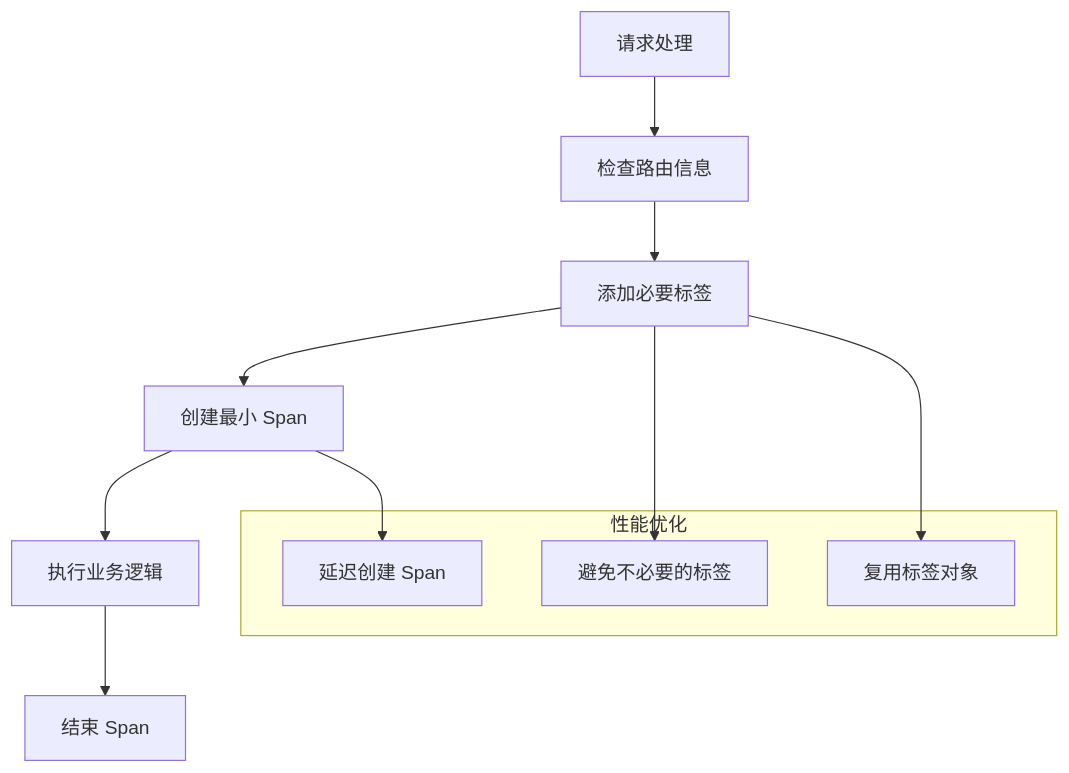
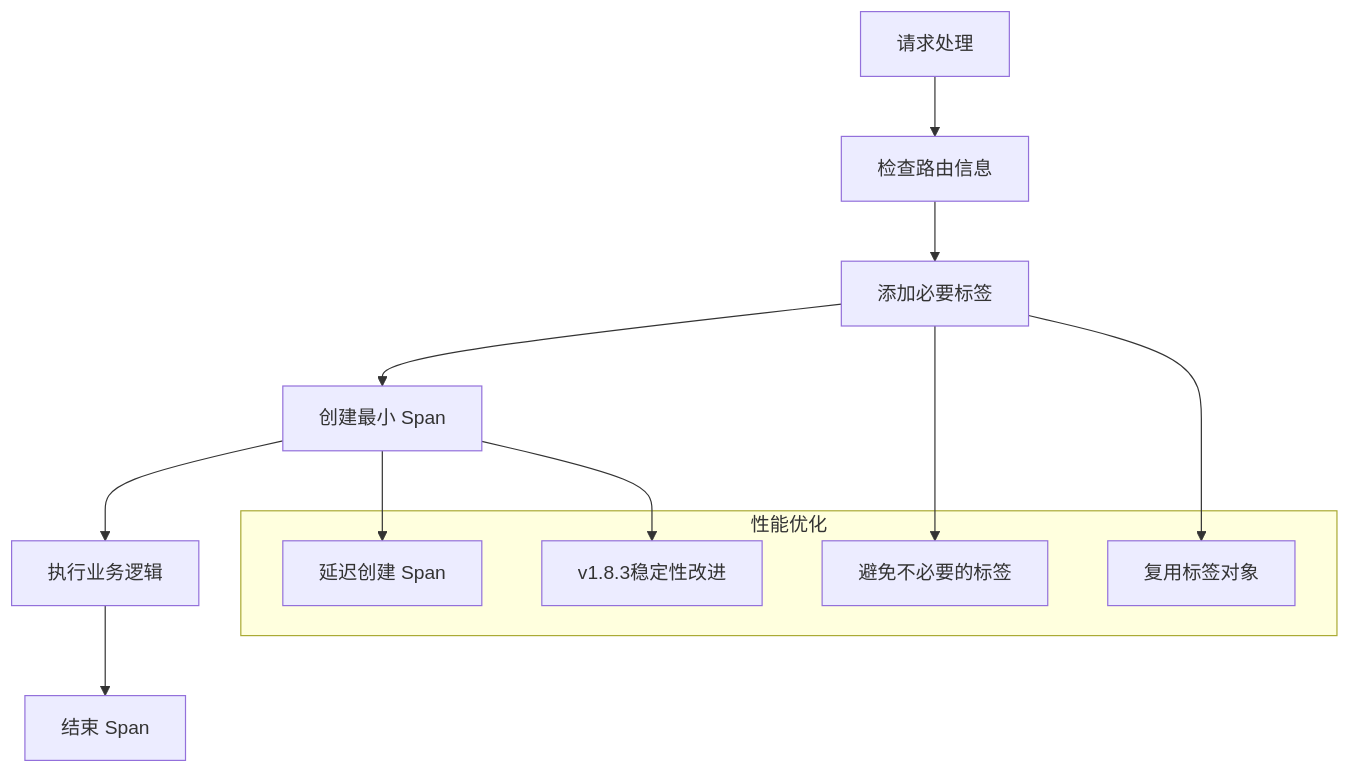
Before and after one commit to soyacen/goose: the ninth of 9 diagrams in .agents/repowiki/zh/content/高级中间件/监控与遥测中间件.md, drawn with Mermaid. The commit also changed other lines of this file and 51 other files, not shown here.

````diff
--- a/.agents/repowiki/zh/content/高级中间件/监控与遥测中间件.md
+++ b/.agents/repowiki/zh/content/高级中间件/监控与遥测中间件.md
@@ -303,16 +318,18 @@
 ```mermaid
 flowchart TD
 A[请求处理] --> B[检查路由信息]
 B --> C[添加必要标签]
 C --> D[创建最小 Span]
 D --> E[执行业务逻辑]
 E --> F[结束 Span]
 subgraph "性能优化"
 G[避免不必要的标签]
 H[延迟创建 Span]
 I[复用标签对象]
+J[v1.8.3稳定性改进]
 end
 C --> G
 D --> H
 C --> I
+D --> J
 ```
````
